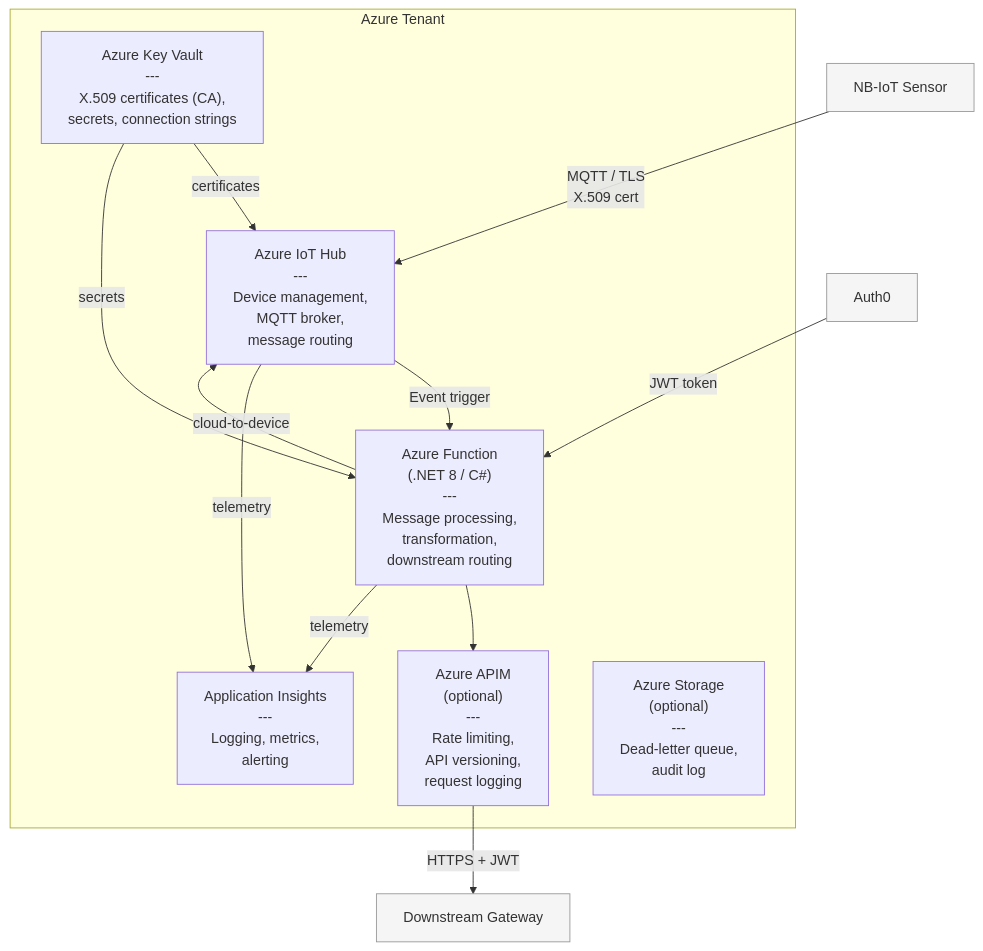
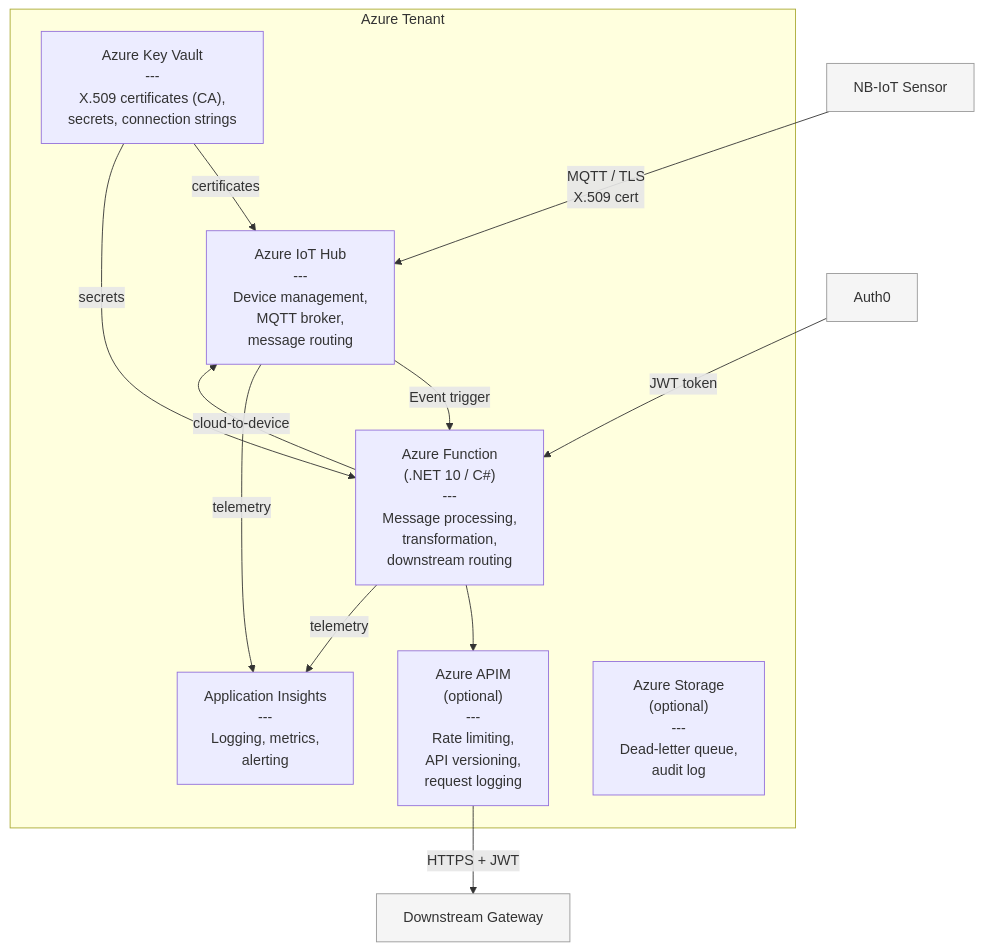
One commit to asnielsen789/IIoT-platform changed the second of 4 diagrams in docs/architecture.md. Above: the diagram before and after it, drawn with Mermaid. The commit also changed 10 other files, not shown here.

````diff
--- a/docs/architecture.md
+++ b/docs/architecture.md
@@ -38,33 +38,33 @@
 ```mermaid
 graph TB
     sensor["NB-IoT Sensor"] -- "MQTT / TLS<br/>X.509 cert" --> iothub
 
     subgraph azure ["Azure Tenant"]
         iothub["Azure IoT Hub<br/>---<br/>Device management,<br/>MQTT broker,<br/>message routing"]
 
         keyvault["Azure Key Vault<br/>---<br/>X.509 certificates (CA),<br/>secrets, connection strings"]
 
-        function["Azure Function<br/>(.NET 8 / C#)<br/>---<br/>Message processing,<br/>transformation,<br/>downstream routing"]
+        function["Azure Function<br/>(.NET 10 / C#)<br/>---<br/>Message processing,<br/>transformation,<br/>downstream routing"]
 
         apim["Azure APIM<br/>(optional)<br/>---<br/>Rate limiting,<br/>API versioning,<br/>request logging"]
 
         monitor["Application Insights<br/>---<br/>Logging, metrics,<br/>alerting"]
 
         storage["Azure Storage<br/>(optional)<br/>---<br/>Dead-letter queue,<br/>audit log"]
     end
 
     iothub -- "Event trigger" --> function
     keyvault -- "certificates" --> iothub
     keyvault -- "secrets" --> function
     function --> apim
     function -- "telemetry" --> monitor
     iothub -- "telemetry" --> monitor
 
     auth0["Auth0"] -- "JWT token" --> function
 
     apim -- "HTTPS + JWT" --> gw["Downstream Gateway"]
     function -- "cloud-to-device" --> iothub
 
     classDef external fill:#f5f5f5,stroke:#999
     class sensor,auth0,gw external
 ```
````
